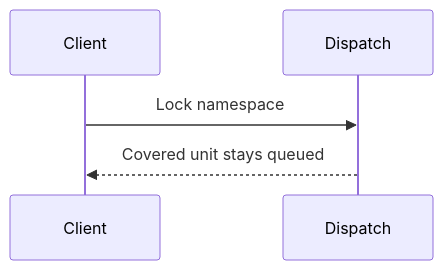
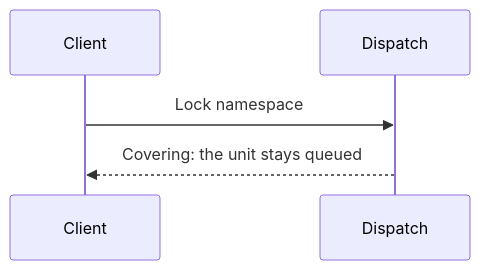
The first of 4 diagrams in openspec/changes/finish-manual-locks-namespace-locks/design.md (OpenDustpan/OpenDustpan), drawn with Mermaid before and after one commit. The commit also changed other lines of this file and 105 other files, not shown here.

````diff
--- a/openspec/changes/finish-manual-locks-namespace-locks/design.md
+++ b/openspec/changes/finish-manual-locks-namespace-locks/design.md
@@ -23,7 +23,7 @@
 ```mermaid
 sequenceDiagram
 participant C as Client
 participant D as Dispatch
 C->>D: Lock namespace
-D-->>C: Covered unit stays queued
+D-->>C: Covering: the unit stays queued
 ```
````
